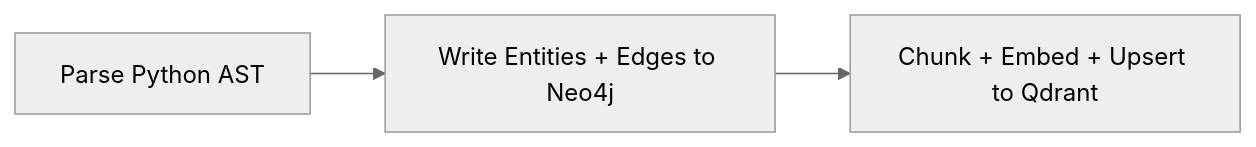
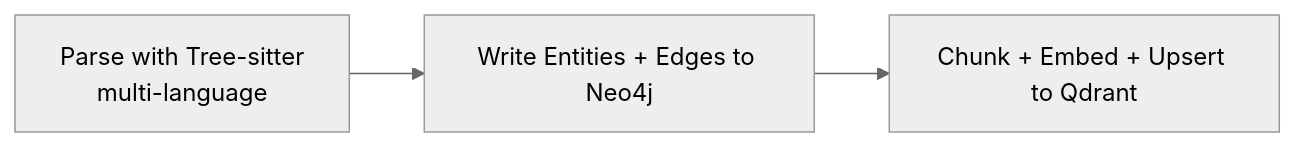
The fourth of 4 diagrams in README.md (Akshay3119/codegraph-ai), drawn with Mermaid (neutral theme) before and after one commit. The commit also changed other lines of this file and 13 other files, not shown here.

First line of the commit message:
Add Tree-sitter multi-language ingestion and self-hosted Neo4j deploy.

````diff
--- a/README.md
+++ b/README.md
@@ -208,5 +209,5 @@
 ```mermaid
 flowchart LR
-    P[Parse Python AST] --> G[Write Entities + Edges to Neo4j]
+    P[Parse with Tree-sitter<br/>multi-language] --> G[Write Entities + Edges to Neo4j]
     G --> V[Chunk + Embed + Upsert to Qdrant]
 ```
````
